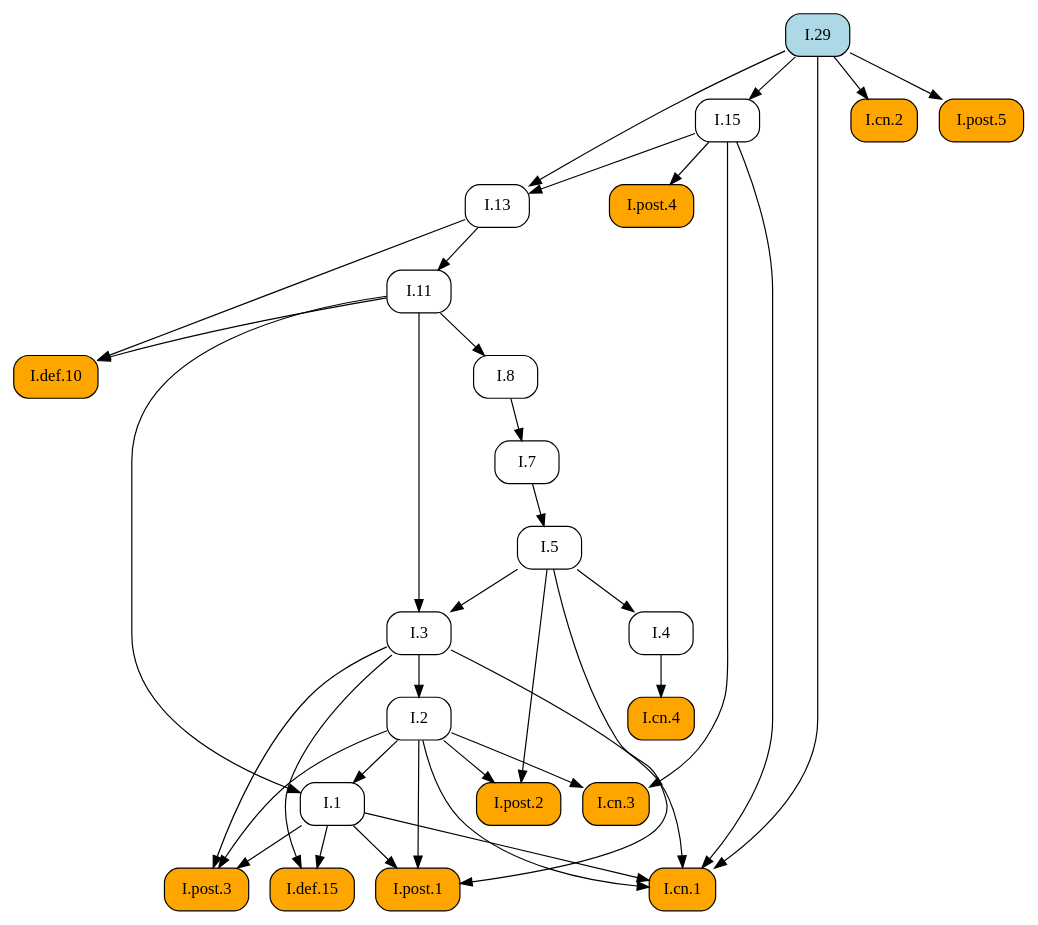
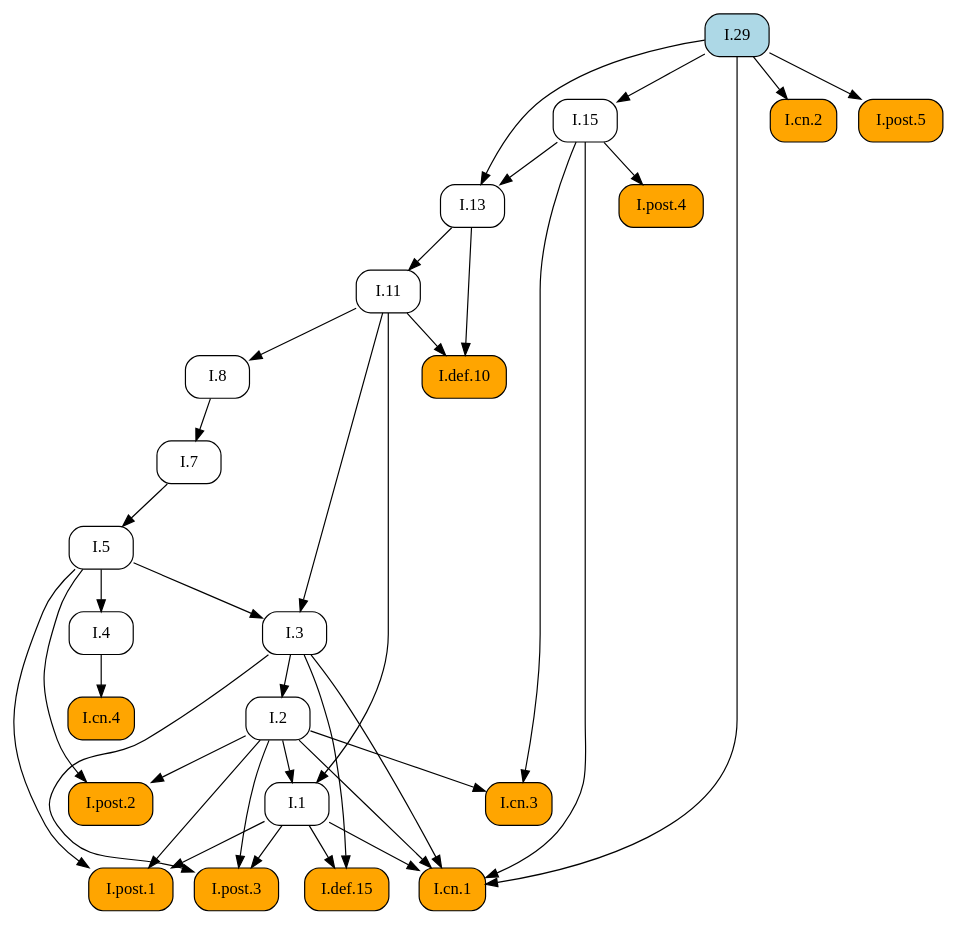
Before and after one commit to geometor/elements: the diagram in docsrc/heath/I/29/index.rst, drawn with Graphviz. The commit also changed other lines of this file and 484 other files, not shown here.

```diff
--- a/docsrc/heath/I/29/index.rst
+++ b/docsrc/heath/I/29/index.rst
@@ -76,64 +76,64 @@
 .. graphviz::
 
    digraph {
      rankdir="TB";
      node [shape=box, style=rounded];
-     "I.def.10" [style="rounded,filled", fillcolor=orange, URL="/heath/I/def.10/", target="_top"];
-     "I.11" [URL="/heath/I/11/", target="_top"];
+     "I.cn.1" [style="rounded,filled", fillcolor=orange, URL="/heath/I/cn.1/", target="_top"];
+     "I.7" [URL="/heath/I/7/", target="_top"];
+     "I.2" [URL="/heath/I/2/", target="_top"];
+     "I.def.15" [style="rounded,filled", fillcolor=orange, URL="/heath/I/def.15/", target="_top"];
+     "I.13" [URL="/heath/I/13/", target="_top"];
      "I.post.4" [style="rounded,filled", fillcolor=orange, URL="/heath/I/post.4/", target="_top"];
+     "I.4" [URL="/heath/I/4/", target="_top"];
      "I.1" [URL="/heath/I/1/", target="_top"];
-     "I.7" [URL="/heath/I/7/", target="_top"];
-     "I.3" [URL="/heath/I/3/", target="_top"];
-     "I.2" [URL="/heath/I/2/", target="_top"];
-     "I.4" [URL="/heath/I/4/", target="_top"];
-     "I.29" [style="rounded,filled", fillcolor=lightblue, URL="/heath/I/29/", target="_top"];
-     "I.13" [URL="/heath/I/13/", target="_top"];
-     "I.cn.2" [style="rounded,filled", fillcolor=orange, URL="/heath/I/cn.2/", target="_top"];
-     "I.post.2" [style="rounded,filled", fillcolor=orange, URL="/heath/I/post.2/", target="_top"];
-     "I.def.15" [style="rounded,filled", fillcolor=orange, URL="/heath/I/def.15/", target="_top"];
      "I.post.3" [style="rounded,filled", fillcolor=orange, URL="/heath/I/post.3/", target="_top"];
-     "I.cn.1" [style="rounded,filled", fillcolor=orange, URL="/heath/I/cn.1/", target="_top"];
-     "I.cn.3" [style="rounded,filled", fillcolor=orange, URL="/heath/I/cn.3/", target="_top"];
-     "I.8" [URL="/heath/I/8/", target="_top"];
-     "I.cn.4" [style="rounded,filled", fillcolor=orange, URL="/heath/I/cn.4/", target="_top"];
-     "I.15" [URL="/heath/I/15/", target="_top"];
-     "I.post.5" [style="rounded,filled", fillcolor=orange, URL="/heath/I/post.5/", target="_top"];
      "I.post.1" [style="rounded,filled", fillcolor=orange, URL="/heath/I/post.1/", target="_top"];
      "I.5" [URL="/heath/I/5/", target="_top"];
-     "I.11" -> "I.def.10";
-     "I.13" -> "I.def.10";
-     "I.13" -> "I.11";
-     "I.15" -> "I.post.4";
-     "I.2" -> "I.1";
-     "I.11" -> "I.1";
-     "I.8" -> "I.7";
-     "I.5" -> "I.3";
-     "I.11" -> "I.3";
-     "I.3" -> "I.2";
-     "I.5" -> "I.4";
-     "I.15" -> "I.13";
-     "I.29" -> "I.13";
-     "I.29" -> "I.cn.2";
-     "I.2" -> "I.post.2";
-     "I.5" -> "I.post.2";
-     "I.1" -> "I.def.15";
-     "I.3" -> "I.def.15";
-     "I.1" -> "I.post.3";
-     "I.2" -> "I.post.3";
-     "I.3" -> "I.post.3";
+     "I.8" [URL="/heath/I/8/", target="_top"];
+     "I.cn.3" [style="rounded,filled", fillcolor=orange, URL="/heath/I/cn.3/", target="_top"];
+     "I.29" [style="rounded,filled", fillcolor=lightblue, URL="/heath/I/29/", target="_top"];
+     "I.def.10" [style="rounded,filled", fillcolor=orange, URL="/heath/I/def.10/", target="_top"];
+     "I.15" [URL="/heath/I/15/", target="_top"];
+     "I.11" [URL="/heath/I/11/", target="_top"];
+     "I.cn.2" [style="rounded,filled", fillcolor=orange, URL="/heath/I/cn.2/", target="_top"];
+     "I.post.5" [style="rounded,filled", fillcolor=orange, URL="/heath/I/post.5/", target="_top"];
+     "I.cn.4" [style="rounded,filled", fillcolor=orange, URL="/heath/I/cn.4/", target="_top"];
+     "I.post.2" [style="rounded,filled", fillcolor=orange, URL="/heath/I/post.2/", target="_top"];
+     "I.3" [URL="/heath/I/3/", target="_top"];
      "I.1" -> "I.cn.1";
      "I.2" -> "I.cn.1";
      "I.3" -> "I.cn.1";
      "I.15" -> "I.cn.1";
      "I.29" -> "I.cn.1";
-     "I.2" -> "I.cn.3";
-     "I.15" -> "I.cn.3";
-     "I.11" -> "I.8";
-     "I.4" -> "I.cn.4";
-     "I.29" -> "I.15";
-     "I.29" -> "I.post.5";
+     "I.8" -> "I.7";
+     "I.3" -> "I.2";
+     "I.1" -> "I.def.15";
+     "I.3" -> "I.def.15";
+     "I.15" -> "I.13";
+     "I.29" -> "I.13";
+     "I.15" -> "I.post.4";
+     "I.5" -> "I.4";
+     "I.2" -> "I.1";
+     "I.11" -> "I.1";
+     "I.1" -> "I.post.3";
+     "I.2" -> "I.post.3";
+     "I.3" -> "I.post.3";
      "I.1" -> "I.post.1";
      "I.2" -> "I.post.1";
      "I.5" -> "I.post.1";
      "I.7" -> "I.5";
+     "I.11" -> "I.8";
+     "I.2" -> "I.cn.3";
+     "I.15" -> "I.cn.3";
+     "I.11" -> "I.def.10";
+     "I.13" -> "I.def.10";
+     "I.29" -> "I.15";
+     "I.13" -> "I.11";
+     "I.29" -> "I.cn.2";
+     "I.29" -> "I.post.5";
+     "I.4" -> "I.cn.4";
+     "I.2" -> "I.post.2";
+     "I.5" -> "I.post.2";
+     "I.5" -> "I.3";
+     "I.11" -> "I.3";
    }
```
